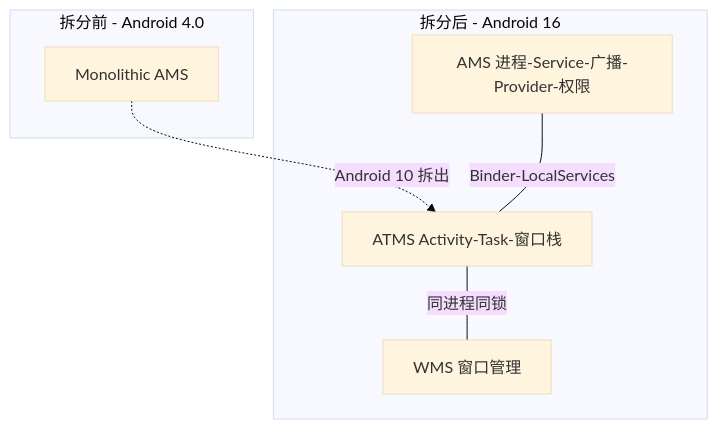
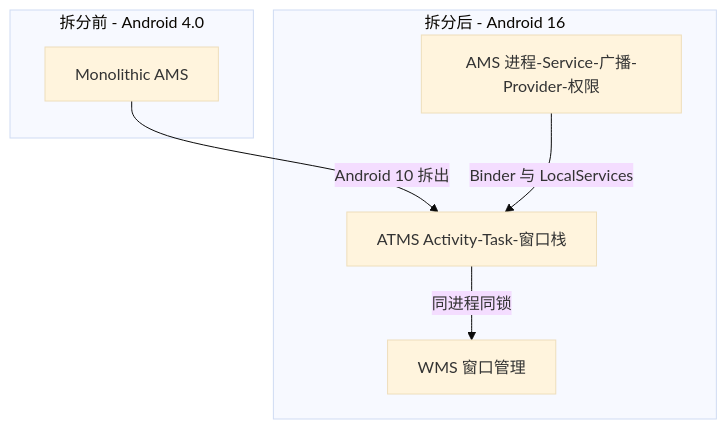
The first of 4 diagrams in Android/深入理解Android卷II/08-深入理解ActivityManagerService源码版.md (coswit/coswit.github.io), drawn with Mermaid (base theme) before and after one commit. The commit also changed other lines of this file and 1 other file, not shown here.

Commit message:
Android 源码分析，增加基于新版本分析

````diff
--- a/Android/深入理解Android卷II/08-深入理解ActivityManagerService源码版.md
+++ b/Android/深入理解Android卷II/08-深入理解ActivityManagerService源码版.md
@@ -7,14 +11,14 @@
 ```mermaid
 graph TD
     subgraph S1[拆分前 - Android 4.0]
         AMS0[Monolithic AMS]
     end
     subgraph S2[拆分后 - Android 16]
         AMS[AMS 进程-Service-广播-Provider-权限]
         ATMS[ATMS Activity-Task-窗口栈]
         WMSC[WMS 窗口管理]
     end
-    AMS0 -.Android 10 拆出.-> ATMS
-    ATMS ---|同进程同锁| WMSC
-    AMS ---|Binder-LocalServices| ATMS
+    AMS0 -->|Android 10 拆出| ATMS
+    ATMS -->|同进程同锁| WMSC
+    AMS -->|Binder 与 LocalServices| ATMS
 ```
````
